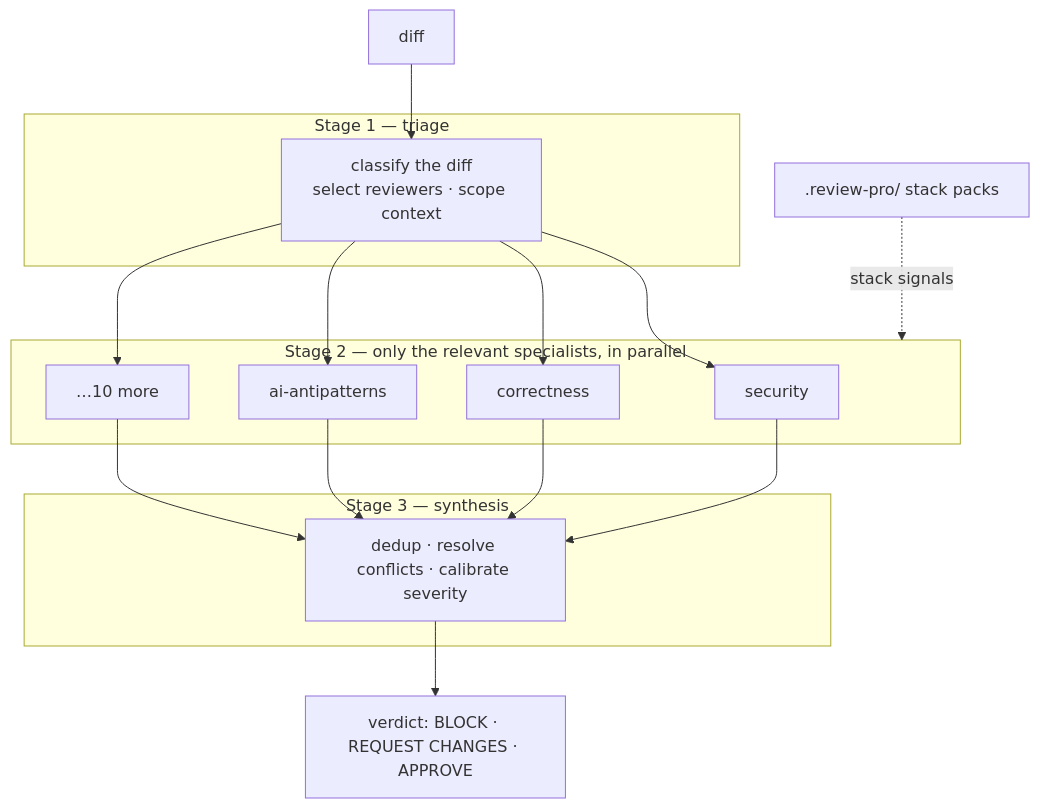
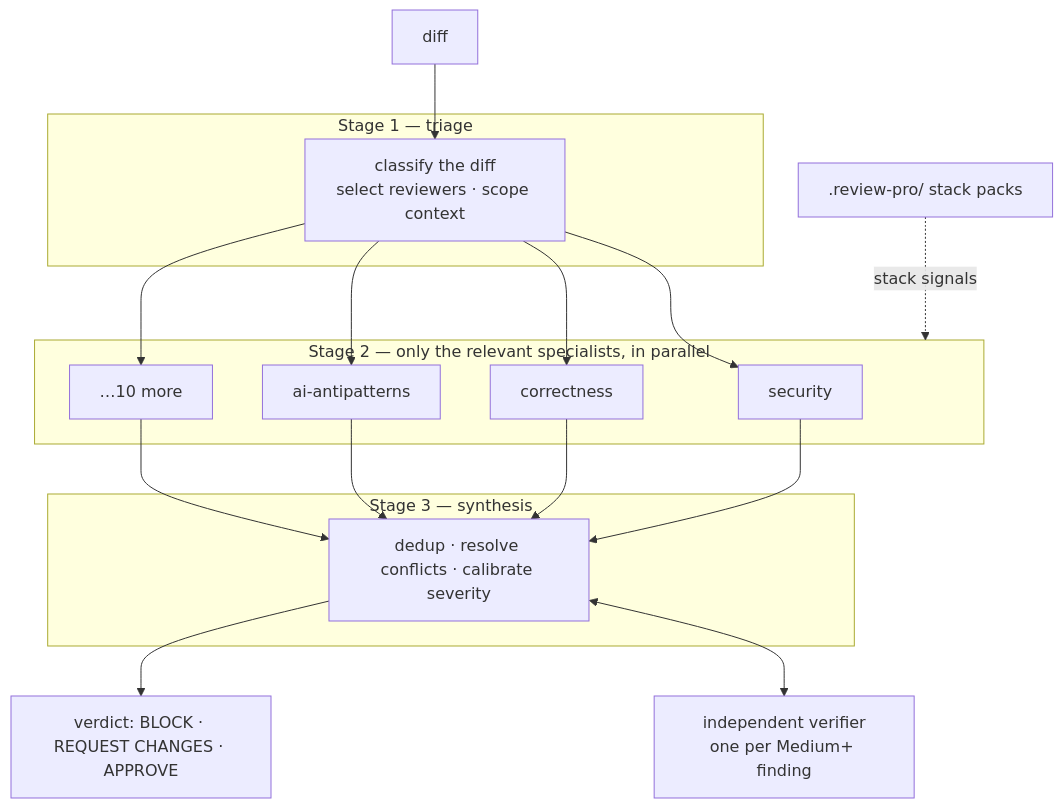
The diagram in README.md (tufantunc/review-pro), drawn with Mermaid before and after one commit. The commit also changed other lines of this file and 118 other files, not shown here.

First line of the commit message:
feat: verify each Medium+ finding by trying to refute it (ADR-0009) (#74)

````diff
--- a/README.md
+++ b/README.md
@@ -50,25 +51,27 @@
 ```mermaid
 flowchart TB
     D["diff"] --> T
 
     subgraph S1["Stage 1 — triage"]
         T["classify the diff<br/>select reviewers · scope context"]
     end
 
     subgraph S2["Stage 2 — only the relevant specialists, in parallel"]
         R1["security"]
         R2["correctness"]
         R3["ai-antipatterns"]
         R4["…10 more"]
     end
 
     subgraph S3["Stage 3 — synthesis"]
         Y["dedup · resolve conflicts · calibrate severity"]
     end
 
+    X["independent verifier<br/>one per Medium+ finding"]
     T --> R1 & R2 & R3 & R4
     R1 & R2 & R3 & R4 --> Y
+    Y <--> X
     Y --> V["verdict: BLOCK · REQUEST CHANGES · APPROVE"]
 
     P[".review-pro/ stack packs"] -.->|stack signals| S2
 ```
````
